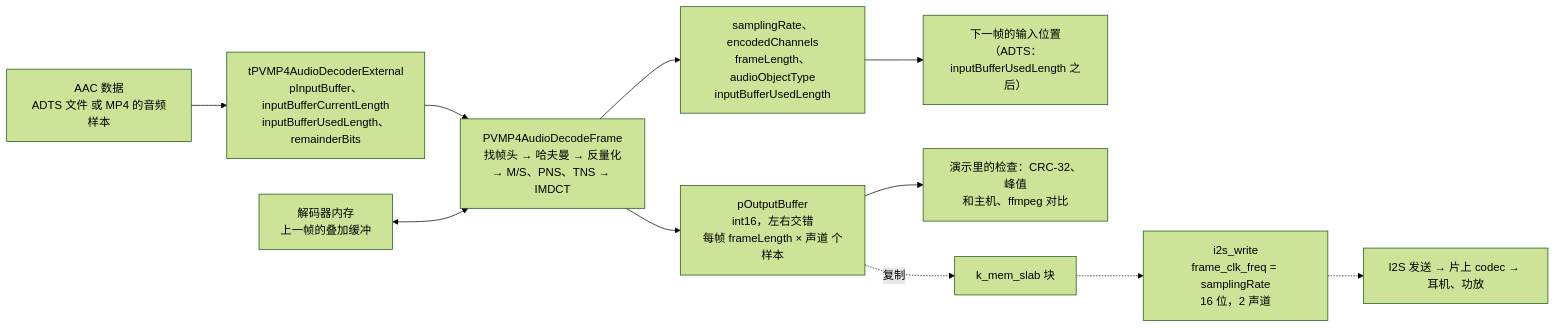
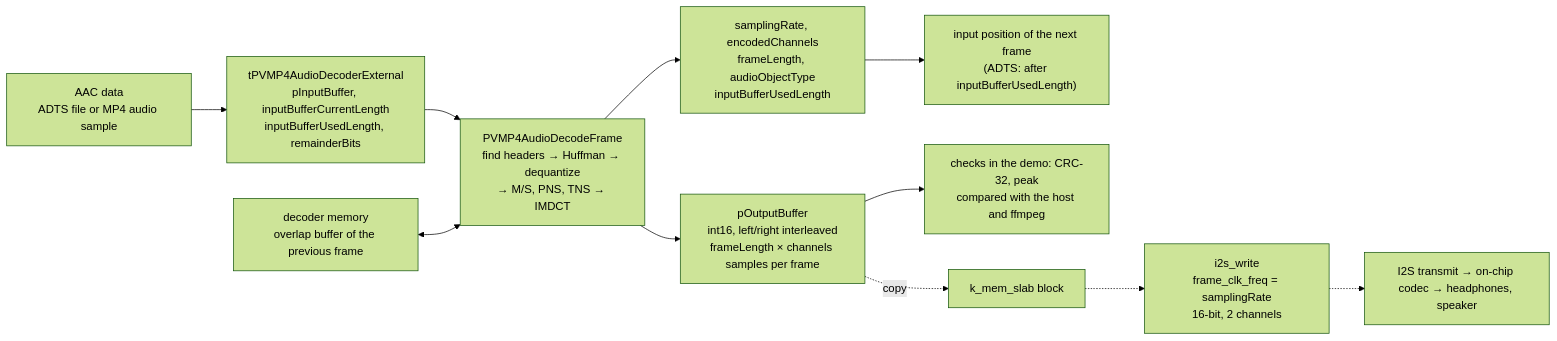
Before and after one commit to YuzukiHD/YuzukiNeko: the second of 2 diagrams in docs/src/content/docs/dev/zephyr/components/aac.md, drawn with Mermaid (forest theme). The commit also changed other lines of this file and 216 other files, not shown here.

````diff
--- a/docs/src/content/docs/dev/zephyr/components/aac.md
+++ b/docs/src/content/docs/dev/zephyr/components/aac.md
@@ -39,13 +39,13 @@
 ```mermaid
 flowchart LR
-    SRC["AAC 数据<br/>ADTS 文件 或 MP4 的音频样本"] --> IN["tPVMP4AudioDecoderExternal<br/>pInputBuffer、inputBufferCurrentLength<br/>inputBufferUsedLength、remainderBits"]
-    IN --> DEC["PVMP4AudioDecodeFrame<br/>找帧头 → 哈夫曼 → 反量化<br/>→ M/S、PNS、TNS → IMDCT"]
-    STATE["解码器内存<br/>上一帧的叠加缓冲"] <--> DEC
-    DEC --> PCM["pOutputBuffer<br/>int16，左右交错<br/>每帧 frameLength × 声道 个样本"]
-    DEC --> INFO["samplingRate、encodedChannels<br/>frameLength、audioObjectType<br/>inputBufferUsedLength"]
-    INFO --> NEXT["下一帧的输入位置<br/>（ADTS：inputBufferUsedLength 之后）"]
-    PCM --> CHECK["演示里的检查：CRC-32、峰值<br/>和主机、ffmpeg 对比"]
-    PCM -.复制.-> SLAB["k_mem_slab 块"]
-    SLAB -.-> I2S["i2s_write<br/>frame_clk_freq = samplingRate<br/>16 位，2 声道"]
-    I2S -.-> CODEC["I2S 发送 → 片上 codec → 耳机、功放"]
+    SRC["AAC data<br/>ADTS file or MP4 audio sample"] --> IN["tPVMP4AudioDecoderExternal<br/>pInputBuffer, inputBufferCurrentLength<br/>inputBufferUsedLength, remainderBits"]
+    IN --> DEC["PVMP4AudioDecodeFrame<br/>find headers → Huffman → dequantize<br/>→ M/S, PNS, TNS → IMDCT"]
+    STATE["decoder memory<br/>overlap buffer of the previous frame"] <--> DEC
+    DEC --> PCM["pOutputBuffer<br/>int16, left/right interleaved<br/>frameLength × channels samples per frame"]
+    DEC --> INFO["samplingRate, encodedChannels<br/>frameLength, audioObjectType<br/>inputBufferUsedLength"]
+    INFO --> NEXT["input position of the next frame<br/>(ADTS: after inputBufferUsedLength)"]
+    PCM --> CHECK["checks in the demo: CRC-32, peak<br/>compared with the host and ffmpeg"]
+    PCM -.copy.-> SLAB["k_mem_slab block"]
+    SLAB -.-> I2S["i2s_write<br/>frame_clk_freq = samplingRate<br/>16-bit, 2 channels"]
+    I2S -.-> CODEC["I2S transmit → on-chip codec → headphones, speaker"]
 ```
````
